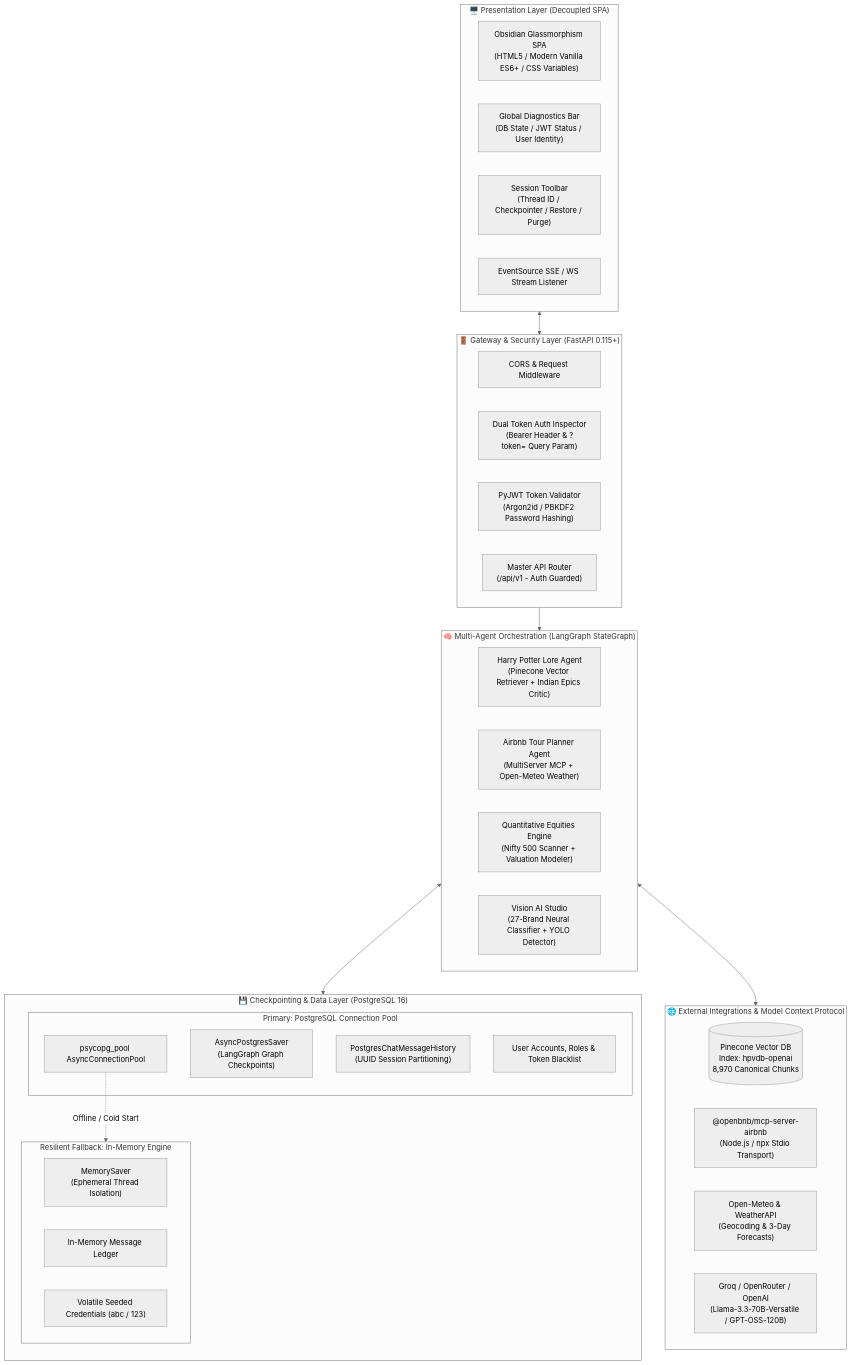
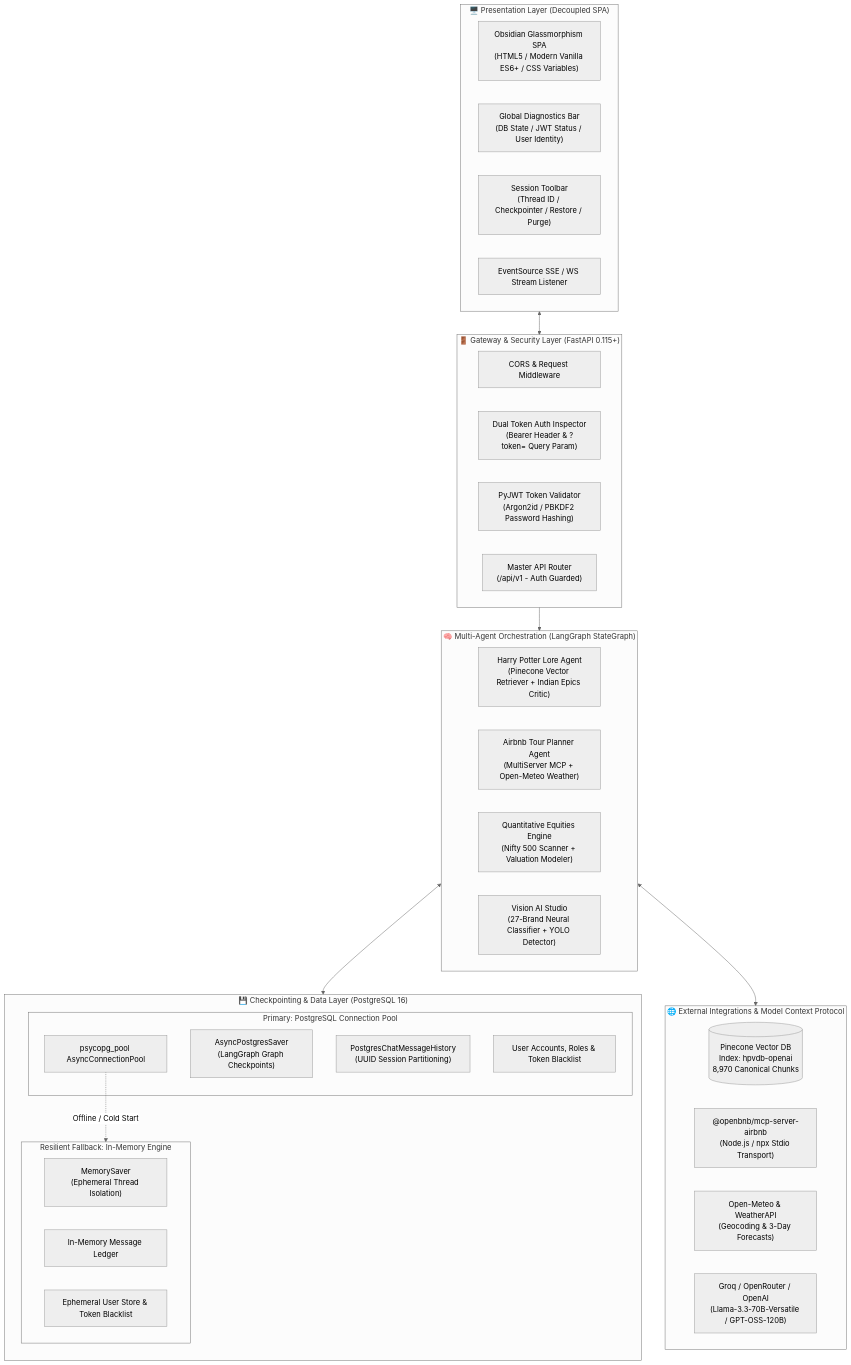
Before and after one commit to ambideXtrous9/portfolio-agent: the first of 3 diagrams in README.md, drawn with Mermaid (neutral theme). The commit also changed other lines of this file and 7 other files, not shown here.

````diff
--- a/README.md
+++ b/README.md
@@ -69,51 +69,51 @@
 ```mermaid
 flowchart TB
     subgraph ClientLayer ["🖥️ Presentation Layer (Decoupled SPA)"]
         UI["Obsidian Glassmorphism SPA\n(HTML5 / Modern Vanilla ES6+ / CSS Variables)"]
         TopBar["Global Diagnostics Bar\n(DB State / JWT Status / User Identity)"]
         SessionBar["Session Toolbar\n(Thread ID / Checkpointer / Restore / Purge)"]
         SSEListener["EventSource SSE / WS Stream Listener"]
     end
 
     subgraph GatewayLayer ["🚪 Gateway & Security Layer (FastAPI 0.115+)"]
         CORS["CORS & Request Middleware"]
         AuthMiddleware["Dual Token Auth Inspector\n(Bearer Header & ?token= Query Param)"]
         JWTHandler["PyJWT Token Validator\n(Argon2id / PBKDF2 Password Hashing)"]
         Router["Master API Router\n(/api/v1 - Auth Guarded)"]
     end
 
     subgraph AgentLayer ["🧠 Multi-Agent Orchestration (LangGraph StateGraph)"]
         HarryAgent["Harry Potter Lore Agent\n(Pinecone Vector Retriever + Indian Epics Critic)"]
         TourAgent["Airbnb Tour Planner Agent\n(MultiServer MCP + Open-Meteo Weather)"]
         StockEngine["Quantitative Equities Engine\n(Nifty 500 Scanner + Valuation Modeler)"]
         VisionStudio["Vision AI Studio\n(27-Brand Neural Classifier + YOLO Detector)"]
     end
 
     subgraph PersistenceLayer ["💾 Checkpointing & Data Layer (PostgreSQL 16)"]
         direction TB
         subgraph PostgresActive ["Primary: PostgreSQL Connection Pool"]
             PGPool["psycopg_pool AsyncConnectionPool"]
             PGSaver["AsyncPostgresSaver\n(LangGraph Graph Checkpoints)"]
             PGChat["PostgresChatMessageHistory\n(UUID Session Partitioning)"]
             PGAuth["User Accounts, Roles & Token Blacklist"]
         end
         subgraph MemoryFallback ["Resilient Fallback: In-Memory Engine"]
             MemSaver["MemorySaver\n(Ephemeral Thread Isolation)"]
             MemChat["In-Memory Message Ledger"]
-            MemAuth["Volatile Seeded Credentials (abc / 123)"]
+            MemAuth["Ephemeral User Store & Token Blacklist"]
         end
     end
 
     subgraph ExternalServices ["🌐 External Integrations & Model Context Protocol"]
         PineconeDB[("Pinecone Vector DB\nIndex: hpvdb-openai\n8,970 Canonical Chunks")]
         MCPAirbnb["@openbnb/mcp-server-airbnb\n(Node.js / npx Stdio Transport)"]
         MeteoAPI["Open-Meteo & WeatherAPI\n(Geocoding & 3-Day Forecasts)"]
         LLMProvider["Groq / OpenRouter / OpenAI\n(Llama-3.3-70B-Versatile / GPT-OSS-120B)"]
     end
 
     ClientLayer <--> GatewayLayer
     GatewayLayer --> AgentLayer
     AgentLayer <--> PersistenceLayer
     AgentLayer <--> ExternalServices
     PGPool -.->|Offline / Cold Start| MemoryFallback
 ```
````
